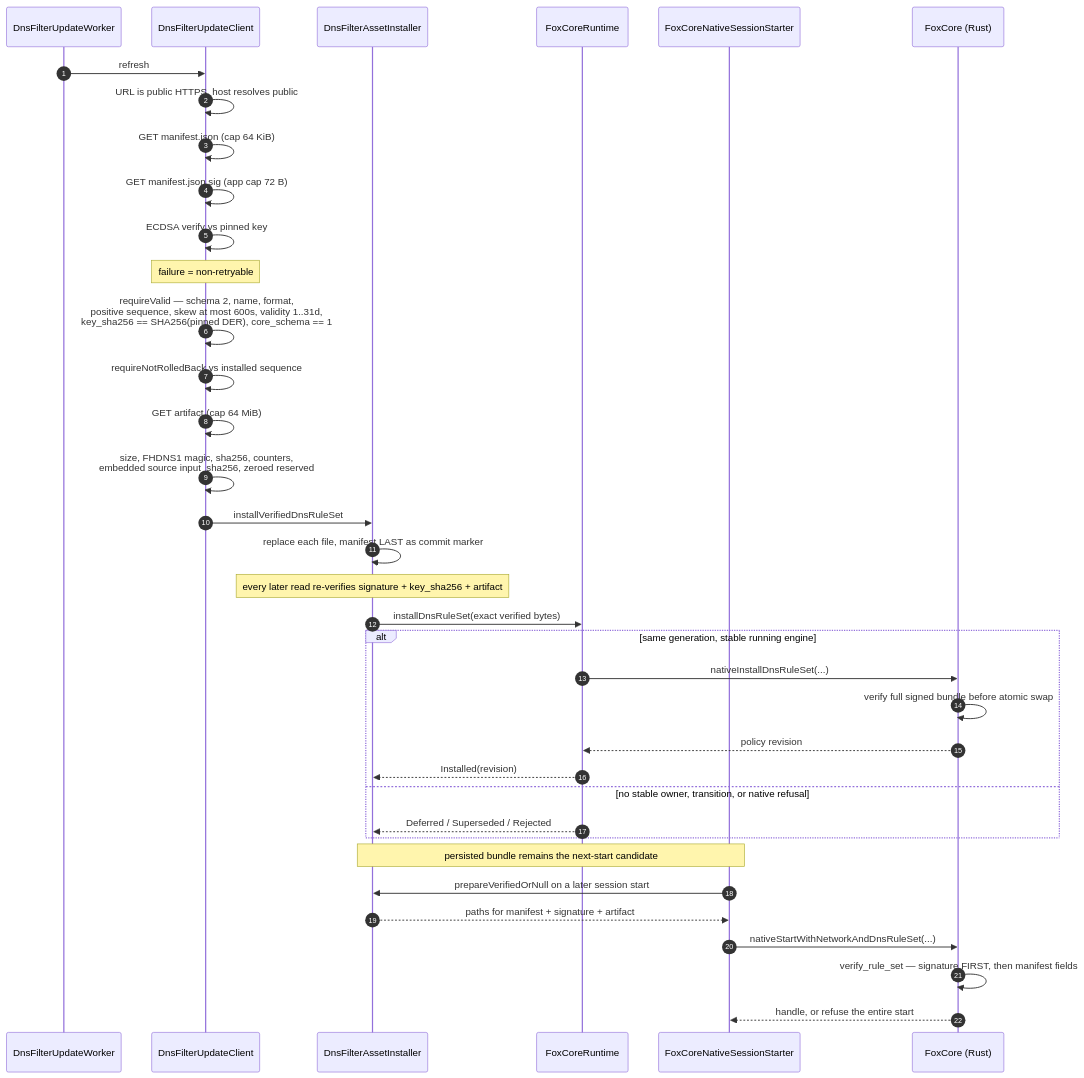
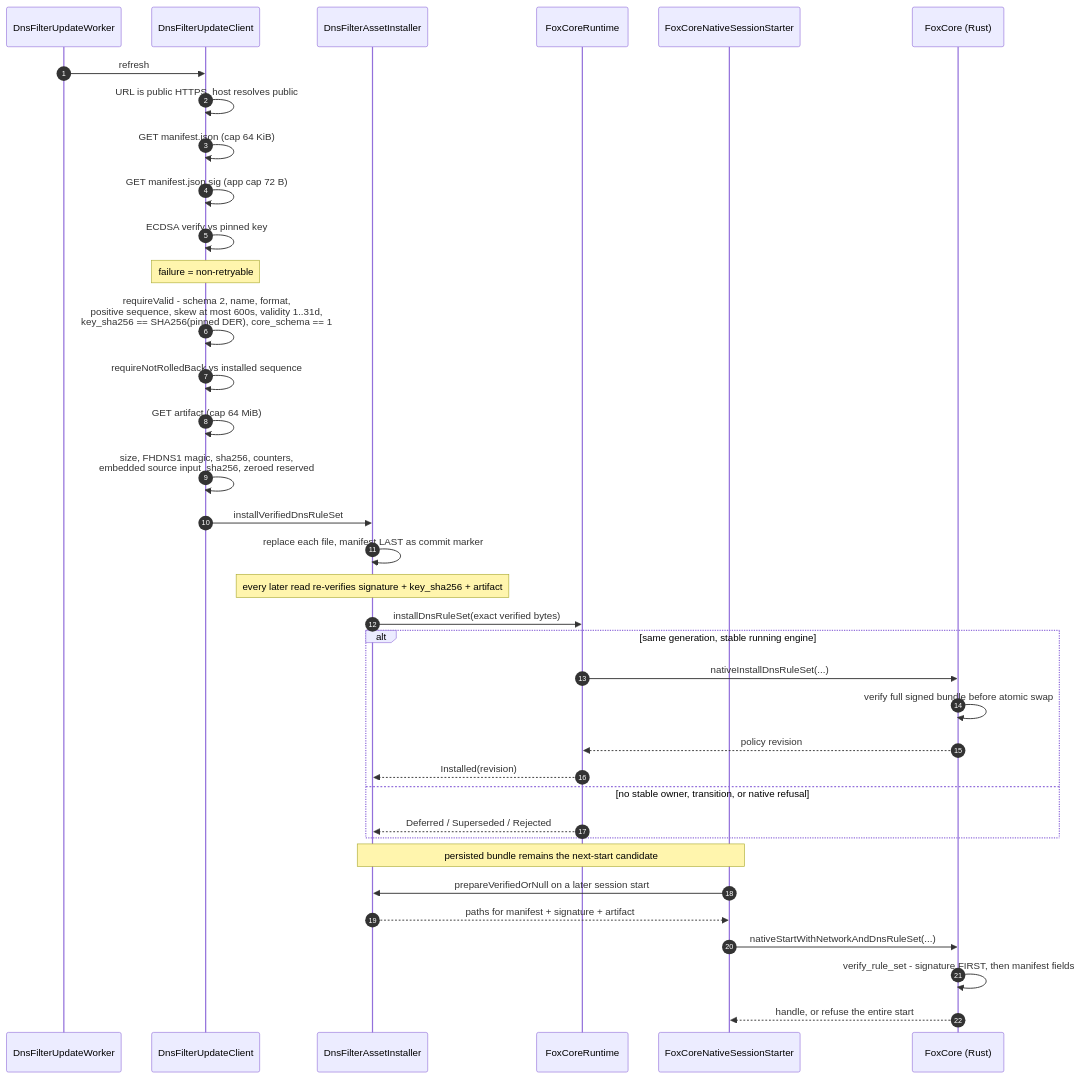
One commit to foxhole-team/foxhole-core changed the third of 6 diagrams in docs/architecture/03-updates-and-data-delivery.md. Above: the diagram before and after it, drawn with Mermaid. The commit also changed other lines of this file and 51 other files, not shown here.

````diff
--- a/docs/architecture/03-updates-and-data-delivery.md
+++ b/docs/architecture/03-updates-and-data-delivery.md
@@ -182,39 +182,39 @@
 ```mermaid
 sequenceDiagram
     autonumber
     participant W as DnsFilterUpdateWorker
     participant C as DnsFilterUpdateClient
     participant I as DnsFilterAssetInstaller
     participant R as FoxCoreRuntime
     participant S as FoxCoreNativeSessionStarter
     participant N as FoxCore (Rust)
 
     W->>C: refresh
     C->>C: URL is public HTTPS, host resolves public
     C->>C: GET manifest.json (cap 64 KiB)
     C->>C: GET manifest.json.sig (app cap 72 B)
     C->>C: ECDSA verify vs pinned key
     Note over C: failure = non-retryable
-    C->>C: requireValid — schema 2, name, format,<br/>positive sequence, skew at most 600s, validity 1..31d,<br/>key_sha256 == SHA256(pinned DER), core_schema == 1
+    C->>C: requireValid - schema 2, name, format,<br/>positive sequence, skew at most 600s, validity 1..31d,<br/>key_sha256 == SHA256(pinned DER), core_schema == 1
     C->>C: requireNotRolledBack vs installed sequence
     C->>C: GET artifact (cap 64 MiB)
     C->>C: size, FHDNS1 magic, sha256, counters,<br/>embedded source input_sha256, zeroed reserved
     C->>I: installVerifiedDnsRuleSet
     I->>I: replace each file, manifest LAST as commit marker
     Note over I: every later read re-verifies signature + key_sha256 + artifact
     I->>R: installDnsRuleSet(exact verified bytes)
     alt same generation, stable running engine
         R->>N: nativeInstallDnsRuleSet(...)
         N->>N: verify full signed bundle before atomic swap
         N-->>R: policy revision
         R-->>I: Installed(revision)
     else no stable owner, transition, or native refusal
         R-->>I: Deferred / Superseded / Rejected
     end
     Note over I,S: persisted bundle remains the next-start candidate
     S->>I: prepareVerifiedOrNull on a later session start
     I-->>S: paths for manifest + signature + artifact
     S->>N: nativeStartWithNetworkAndDnsRuleSet(...)
-    N->>N: verify_rule_set — signature FIRST, then manifest fields
+    N->>N: verify_rule_set - signature FIRST, then manifest fields
     N-->>S: handle, or refuse the entire start
 ```
````
